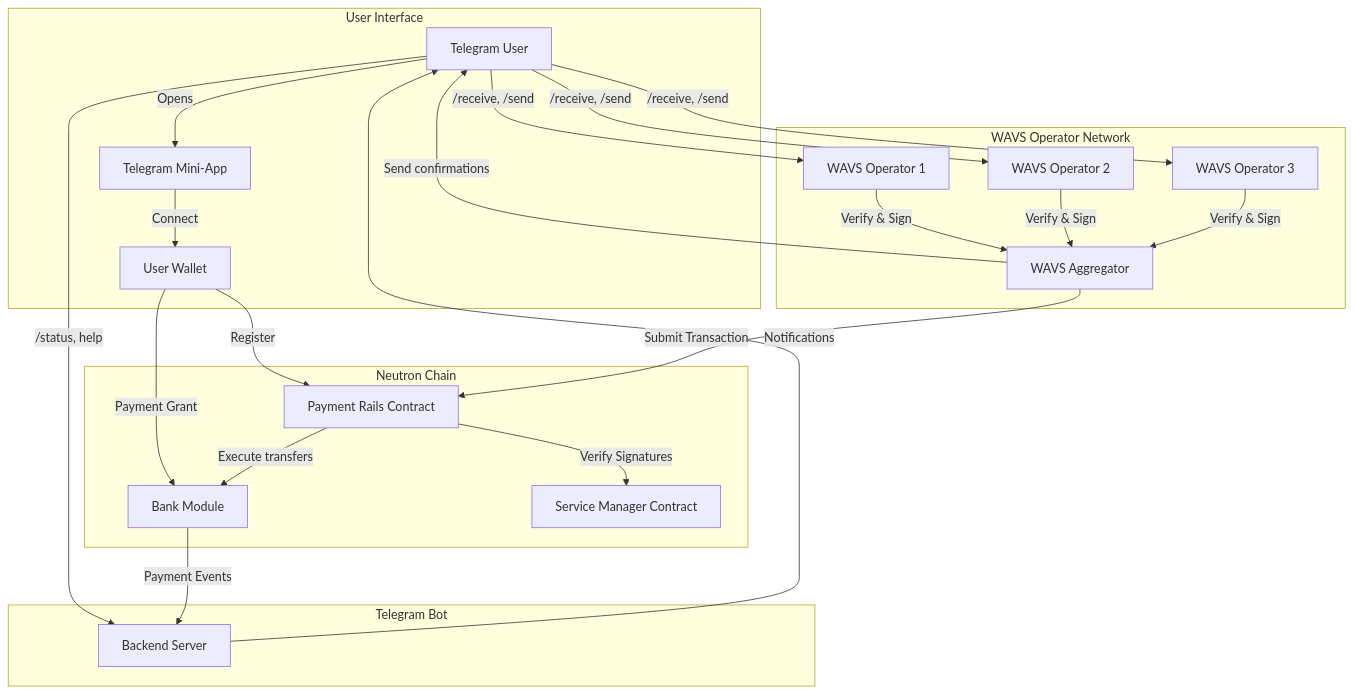
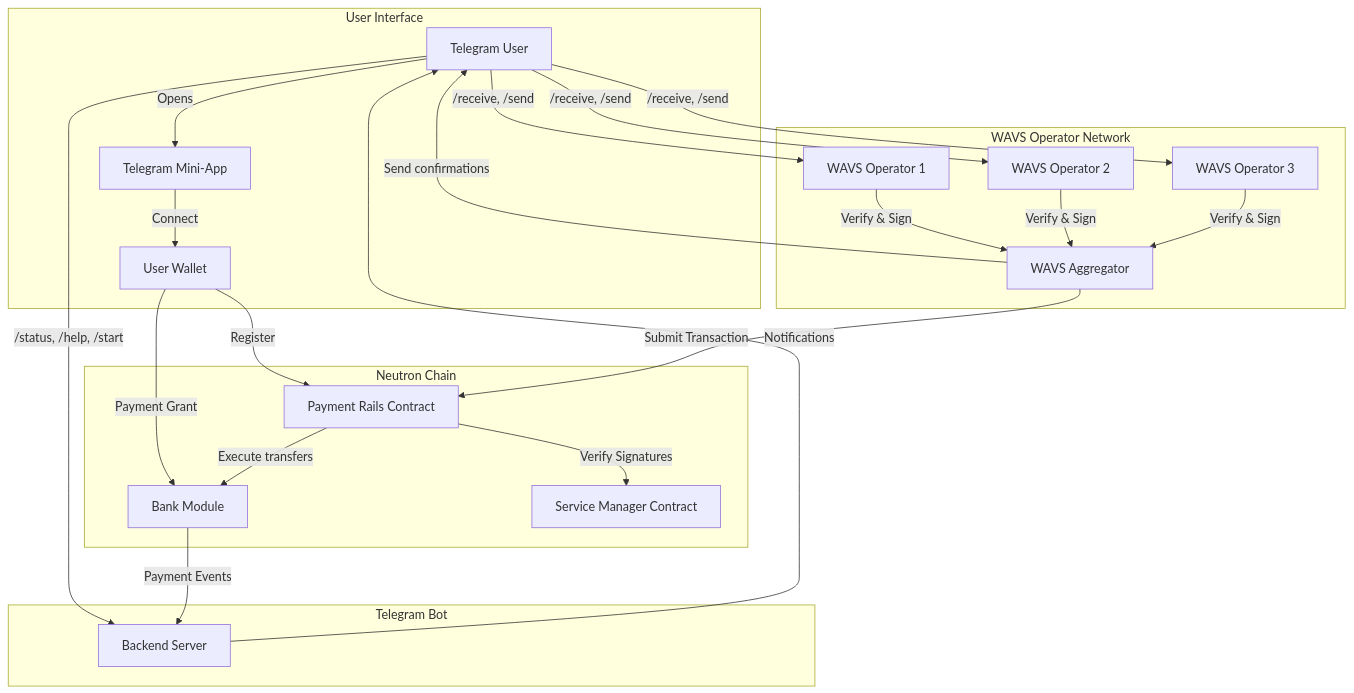
Before and after one commit to Lay3rLabs/telegram-payments: the first of 5 diagrams in docs/Architecture.md, drawn with Mermaid. The commit also changed other lines of this file, not shown here.

Commit message:
Document /start support

````diff
--- a/docs/Architecture.md
+++ b/docs/Architecture.md
@@ -9,48 +9,48 @@
 ```mermaid
 graph TB
     subgraph "User Interface"
         TU[Telegram User]
         Wallet[User Wallet]
         MiniApp[Telegram Mini-App]
     end
     
     subgraph "Telegram Bot"
         TBot[Backend Server]
     end
     
     subgraph "WAVS Operator Network"
         WAgg[WAVS Aggregator]
         WO1[WAVS Operator 1]
         WO2[WAVS Operator 2]
         WO3[WAVS Operator 3]
     end
     
     subgraph "Neutron Chain"
         Bank[Bank Module]
         PR[Payment Rails Contract]
         SM[Service Manager Contract]
     end
     
-    TU -->|/status, help| TBot
+    TU -->|/status, /help, /start| TBot
     TU -->|Opens| MiniApp
     MiniApp -->|Connect| Wallet
     Wallet -->|Payment Grant| Bank
     Wallet -->|Register| PR
     
     Bank -->|Payment Events| TBot
     TBot -->|Notifications| TU
     
     TU -->|/receive, /send| WO1
     TU -->|/receive, /send| WO2
     TU -->|/receive, /send| WO3
     
     WO1 -->|Verify & Sign| WAgg
     WO2 -->|Verify & Sign| WAgg
     WO3 -->|Verify & Sign| WAgg
     
     WAgg -->|Submit Transaction| PR
     WAgg -->|Send confirmations| TU
     
     PR -->|Verify Signatures| SM
     PR -->|Execute transfers| Bank
 ```
````
